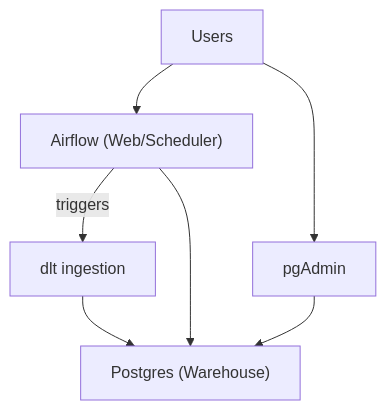
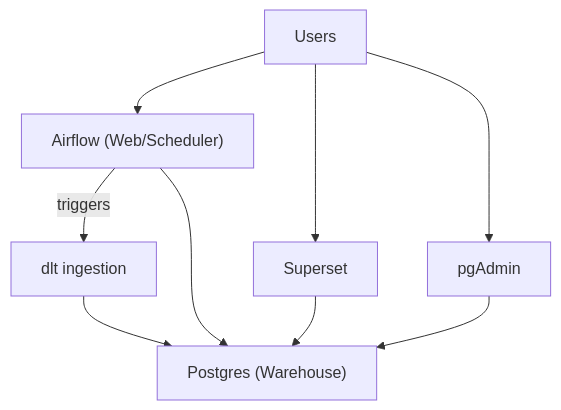
The diagram in README.md (jordansgoodman/DataFoundry), drawn with Mermaid before and after one commit. The commit also changed other lines of this file and 6 other files, not shown here.

````diff
--- a/README.md
+++ b/README.md
@@ -16,10 +16,12 @@
 ```mermaid
 flowchart TD
   U["Users"] --> AF["Airflow (Web/Scheduler)"]
+  U --> SS["Superset"]
   U --> PGA["pgAdmin"]
 
   AF -->|triggers| DLT["dlt ingestion"]
   DLT --> PG["Postgres (Warehouse)"]
   AF --> PG
+  SS --> PG
   PGA --> PG
 ```
````
